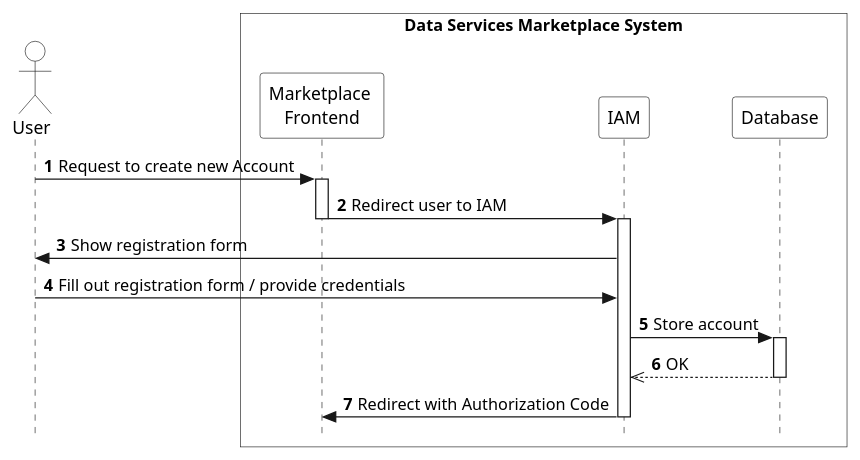
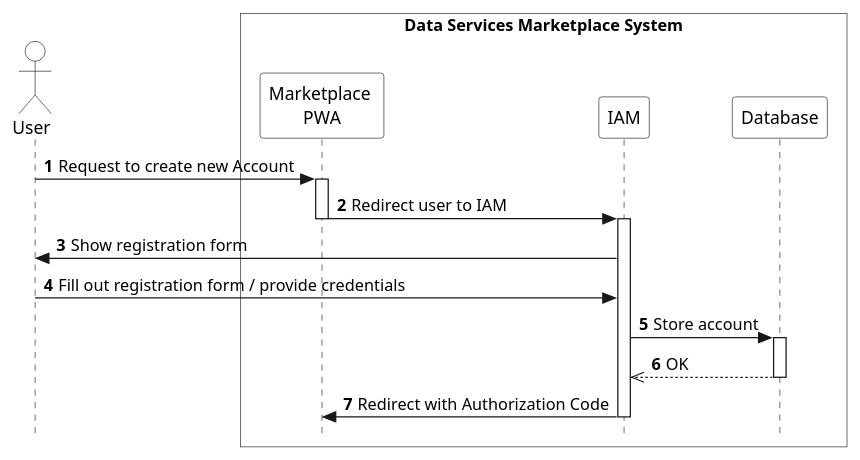
One commit to eddie-energy/architecture changed the diagram in arc42/marketplace/runtime-view/figures/marketplace-create-account.puml. Above: the diagram before and after it, drawn with PlantUML. The commit also changed 12 other files, not shown here.

Commit message:
Part of #121: rename frontend to PWA

```diff
--- a/arc42/marketplace/runtime-view/figures/marketplace-create-account.puml
+++ b/arc42/marketplace/runtime-view/figures/marketplace-create-account.puml
@@ -1,33 +1,33 @@
 @startuml marketplace-create-account
 
 skinparam style strictuml
 skinparam sequence {
   ParticipantBackgroundColor transparent
   ActorBackgroundColor transparent
 }
 
 autonumber
 !pragma teoz true
 
 actor "User" as user
 box "Data Services Marketplace System" #transparent
-  participant "Marketplace \nFrontend" as app
+  participant "Marketplace \nPWA" as app
   participant "IAM" as iam
   participant "Database" as database
 end box
 
 user -> app : Request to create new Account
 activate app
 app -> iam : Redirect user to IAM
 activate iam
 deactivate app
 iam -> user: Show registration form
 user -> iam : Fill out registration form / provide credentials
 iam -> database : Store account
 activate database
 database -->> iam : OK
 deactivate database
 iam -> app : Redirect with Authorization Code
 deactivate iam
 
 @enduml
```
